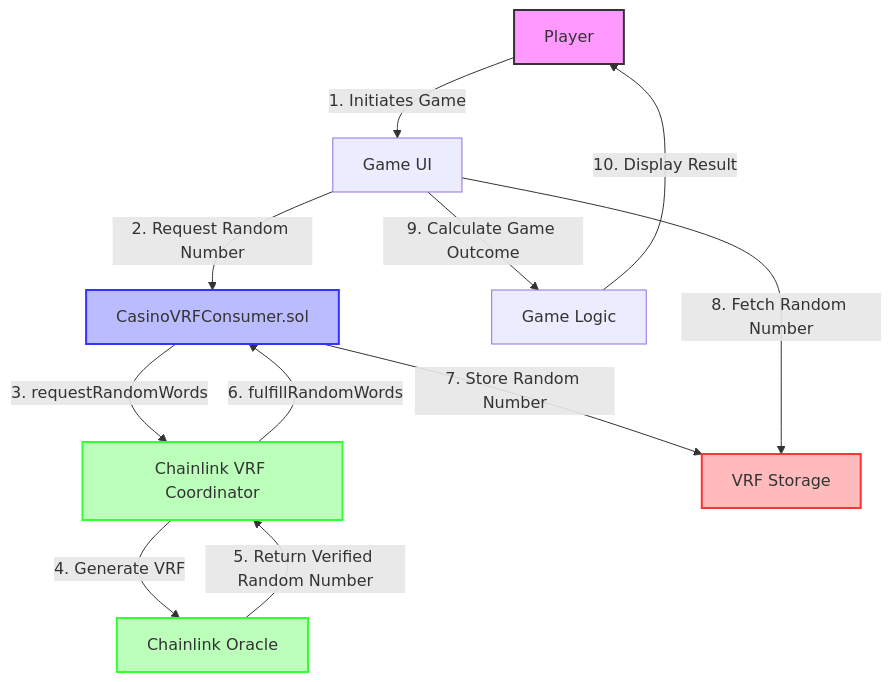
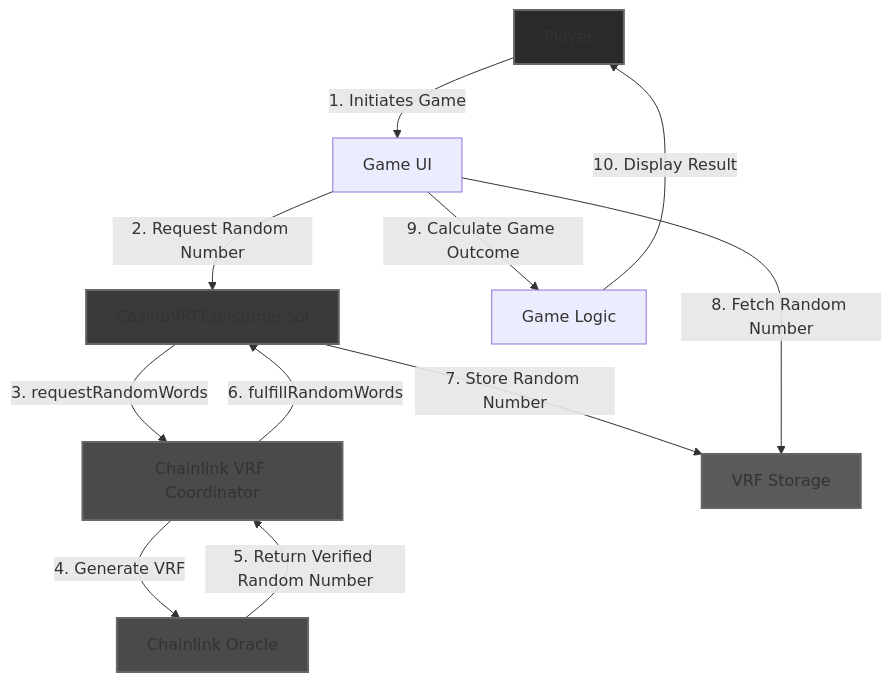
Before and after one commit to AmaanSayyad/APT-Casino-Arbitrum: the third of 4 diagrams in README.md, drawn with Mermaid. The commit also changed other lines of this file, not shown here.

````diff
--- a/README.md
+++ b/README.md
@@ -194,19 +194,19 @@
 ```mermaid
 flowchart TD
     A[Player] -->|1. Initiates Game| B[Game UI]
     B -->|2. Request Random Number| C[CasinoVRFConsumer.sol]
     C -->|3. requestRandomWords| D[Chainlink VRF Coordinator]
     D -->|4. Generate VRF| E[Chainlink Oracle]
     E -->|5. Return Verified Random Number| D
     D -->|6. fulfillRandomWords| C
     C -->|7. Store Random Number| F[VRF Storage]
     B -->|8. Fetch Random Number| F
     B -->|9. Calculate Game Outcome| G[Game Logic]
     G -->|10. Display Result| A
     
-    style A fill:#f9f,stroke:#333,stroke-width:2px
-    style C fill:#bbf,stroke:#33f,stroke-width:2px
-    style D fill:#bfb,stroke:#3f3,stroke-width:2px
-    style E fill:#bfb,stroke:#3f3,stroke-width:2px
-    style F fill:#fbb,stroke:#f33,stroke-width:2px
+    style A fill:#2a2a2a,stroke:#666,stroke-width:2px
+    style C fill:#3a3a3a,stroke:#666,stroke-width:2px
+    style D fill:#4a4a4a,stroke:#666,stroke-width:2px
+    style E fill:#4a4a4a,stroke:#666,stroke-width:2px
+    style F fill:#5a5a5a,stroke:#666,stroke-width:2px
 ```
````
